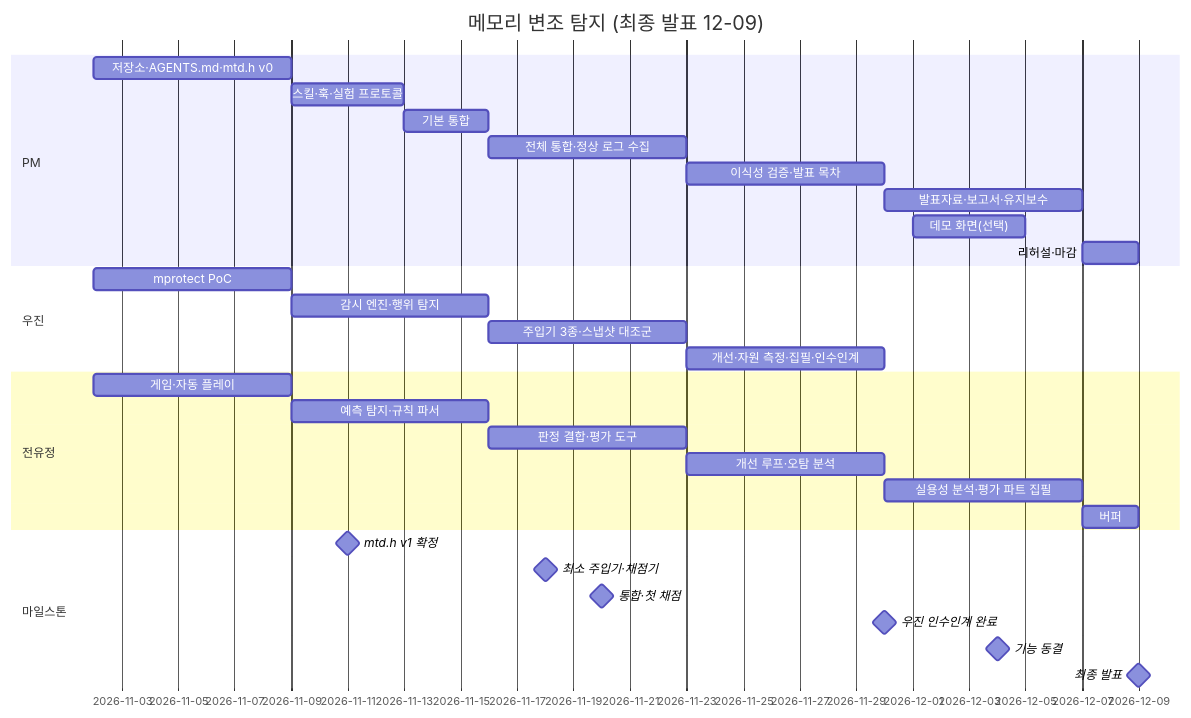
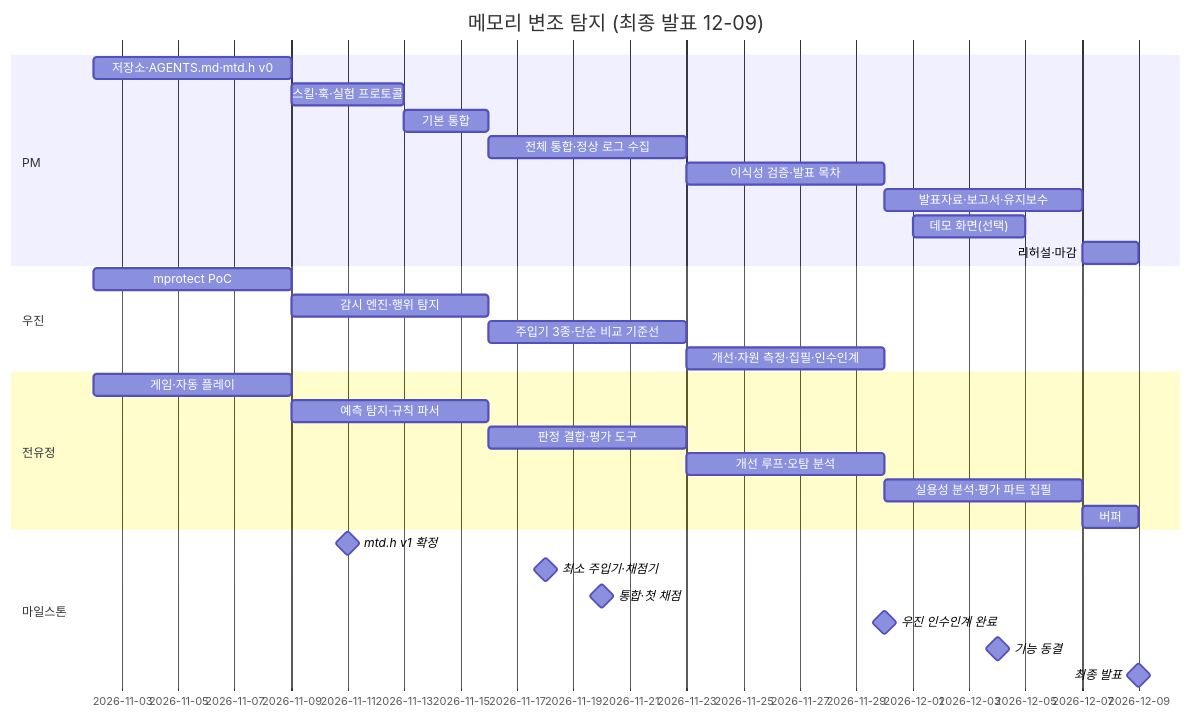
One commit to tgYun783/MH-Safer changed the diagram in docs/plan.md. Above: the diagram before and after it, drawn with Mermaid. The commit also changed other lines of this file and 5 other files, not shown here.

````diff
--- a/docs/plan.md
+++ b/docs/plan.md
@@ -134,33 +134,33 @@
 ```mermaid
 gantt
   dateFormat YYYY-MM-DD
   title 메모리 변조 탐지 (최종 발표 12-09)
   section PM
   저장소·AGENTS.md·mtd.h v0     :2026-11-02, 7d
   스킬·훅·실험 프로토콜         :2026-11-09, 4d
   기본 통합                     :2026-11-13, 3d
   전체 통합·정상 로그 수집      :2026-11-16, 7d
   이식성 검증·발표 목차         :2026-11-23, 7d
   발표자료·보고서·유지보수      :2026-11-30, 7d
   데모 화면(선택)               :2026-12-01, 4d
   리허설·마감                   :2026-12-07, 2d
   section 우진
   mprotect PoC                  :2026-11-02, 7d
   감시 엔진·행위 탐지           :2026-11-09, 7d
-  주입기 3종·스냅샷 대조군      :2026-11-16, 7d
+  주입기 3종·단순 비교 기준선   :2026-11-16, 7d
   개선·자원 측정·집필·인수인계  :2026-11-23, 7d
   section 전유정
   게임·자동 플레이              :2026-11-02, 7d
   예측 탐지·규칙 파서           :2026-11-09, 7d
   판정 결합·평가 도구           :2026-11-16, 7d
   개선 루프·오탐 분석           :2026-11-23, 7d
   실용성 분석·평가 파트 집필    :2026-11-30, 7d
   버퍼                          :2026-12-07, 2d
   section 마일스톤
   mtd.h v1 확정                 :milestone, 2026-11-11, 0d
   최소 주입기·채점기            :milestone, 2026-11-18, 0d
   통합·첫 채점                  :milestone, 2026-11-20, 0d
   우진 인수인계 완료            :milestone, 2026-11-30, 0d
   기능 동결                     :milestone, 2026-12-04, 0d
   최종 발표                     :milestone, 2026-12-09, 0d
 ```
````
